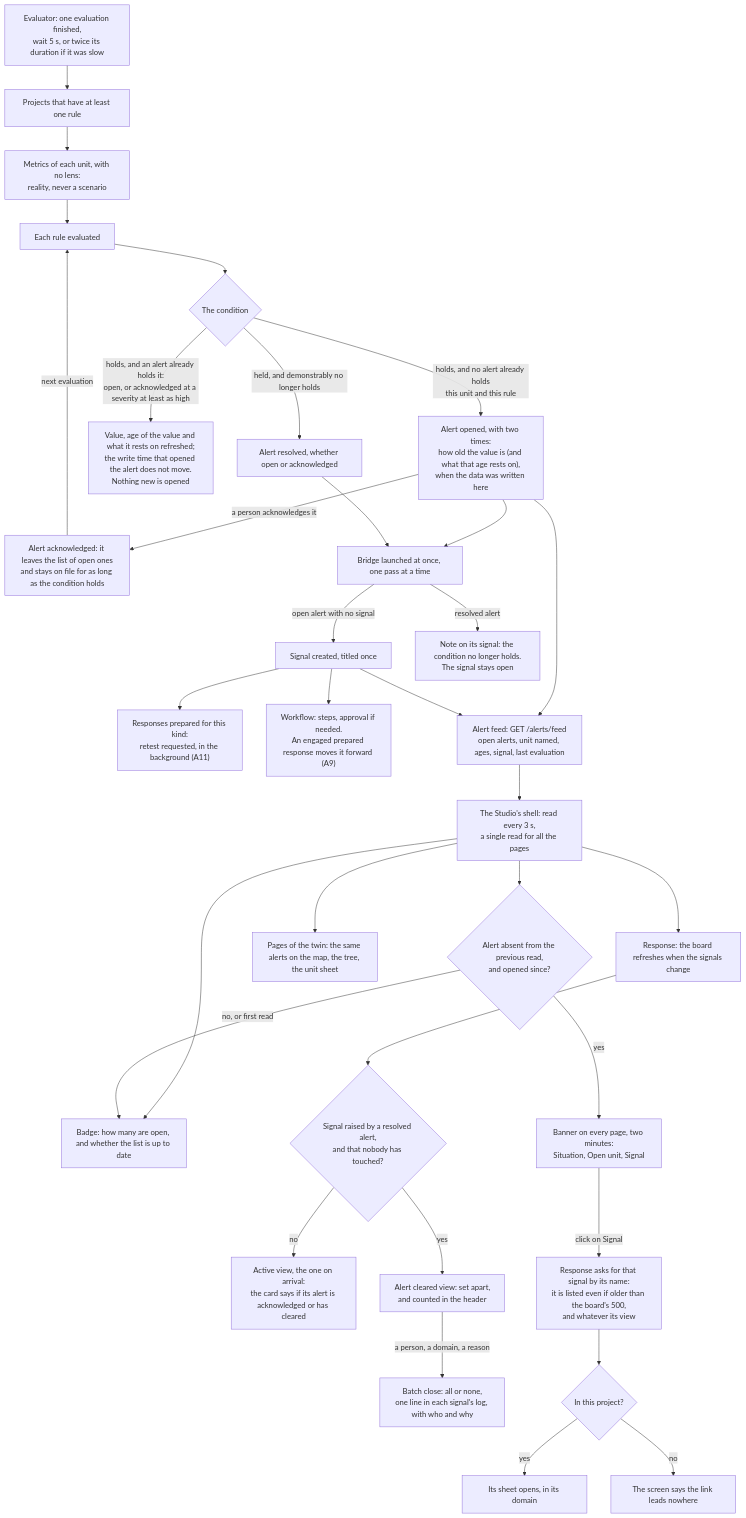
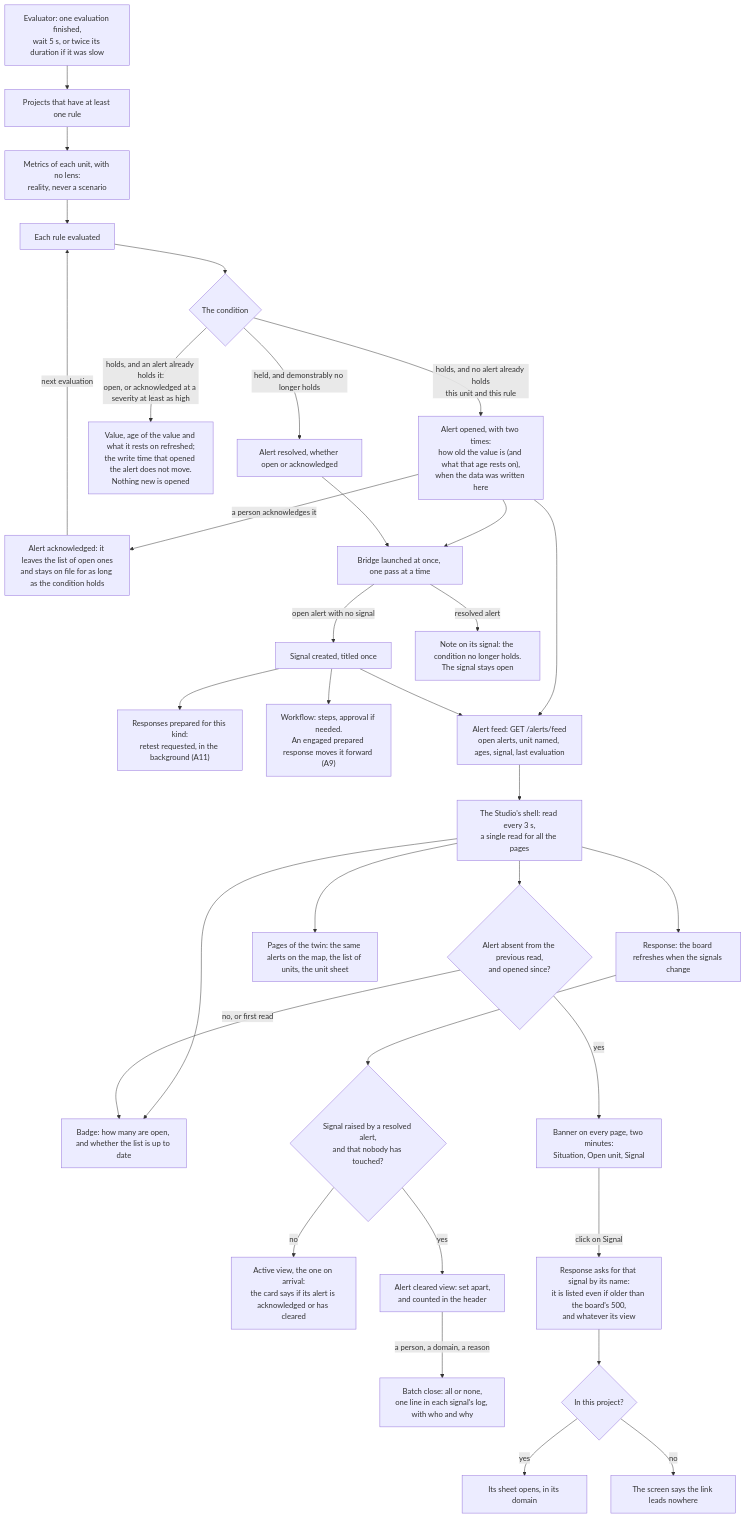
Diagram 29 of 33 in frontend/content/docs/product/algorithms.md (V1ktor7/obscyro), drawn with Mermaid before and after one commit. The commit also changed other lines of this file and 28 other files, not shown here.

````diff
--- a/frontend/content/docs/product/algorithms.md
+++ b/frontend/content/docs/product/algorithms.md
@@ -907,35 +907,35 @@
 ```mermaid
 flowchart TD
     A["Evaluator: one evaluation finished,<br/>wait 5 s, or twice its duration if it was slow"] --> B["Projects that have at least one rule"]
     B --> C["Metrics of each unit, with no lens:<br/>reality, never a scenario"]
     C --> D["Each rule evaluated"]
     D --> E{"The condition"}
     E -->|"holds, and no alert already holds<br/>this unit and this rule"| F["Alert opened, with two times:<br/>how old the value is (and what that age rests on),<br/>when the data was written here"]
     E -->|"holds, and an alert already holds it:<br/>open, or acknowledged at a severity at least as high"| F2["Value, age of the value and what it rests on refreshed;<br/>the write time that opened the alert does not move.<br/>Nothing new is opened"]
     E -->|"held, and demonstrably no longer holds"| G["Alert resolved, whether open or acknowledged"]
     F -->|"a person acknowledges it"| F3["Alert acknowledged: it leaves the list of open ones<br/>and stays on file for as long as the condition holds"]
     F3 -->|"next evaluation"| D
     F --> H["Bridge launched at once, one pass at a time"]
     G --> H
     H -->|"open alert with no signal"| I["Signal created, titled once"]
     H -->|"resolved alert"| I3["Note on its signal: the condition no longer holds.<br/>The signal stays open"]
     I --> I2["Responses prepared for this kind:<br/>retest requested, in the background (A11)"]
     I --> J["Workflow: steps, approval if needed.<br/>An engaged prepared response moves it forward (A9)"]
     F --> K["Alert feed: GET /alerts/feed<br/>open alerts, unit named, ages, signal, last evaluation"]
     I --> K
     K --> L["The Studio's shell: read every 3 s,<br/>a single read for all the pages"]
     L --> M["Badge: how many are open, and whether the list is up to date"]
     L --> N{"Alert absent from the previous read,<br/>and opened since?"}
     N -->|"yes"| O["Banner on every page, two minutes:<br/>Situation, Open unit, Signal"]
     N -->|"no, or first read"| M
-    L --> P["Pages of the twin: the same alerts on the map, the tree, the unit sheet"]
+    L --> P["Pages of the twin: the same alerts on the map, the list of units, the unit sheet"]
     L --> Q["Response: the board refreshes when the signals change"]
     Q --> V{"Signal raised by a resolved alert,<br/>and that nobody has touched?"}
     V -->|"no"| W["Active view, the one on arrival:<br/>the card says if its alert is acknowledged or has cleared"]
     V -->|"yes"| X["Alert cleared view: set apart,<br/>and counted in the header"]
     X -->|"a person, a domain, a reason"| Y["Batch close: all or none,<br/>one line in each signal's log, with who and why"]
     O -->|"click on Signal"| R["Response asks for that signal by its name:<br/>it is listed even if older than the board's 500,<br/>and whatever its view"]
     R --> S{"In this project?"}
     S -->|"yes"| T["Its sheet opens, in its domain"]
     S -->|"no"| U["The screen says the link leads nowhere"]
 ```
````
